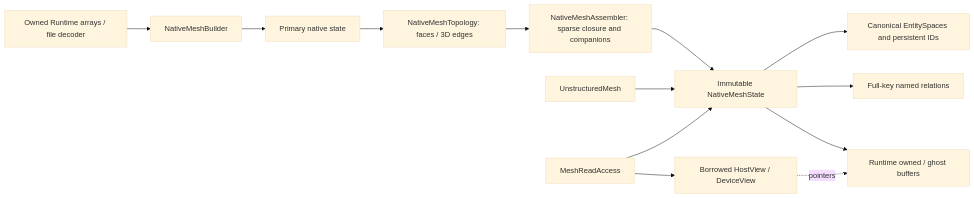
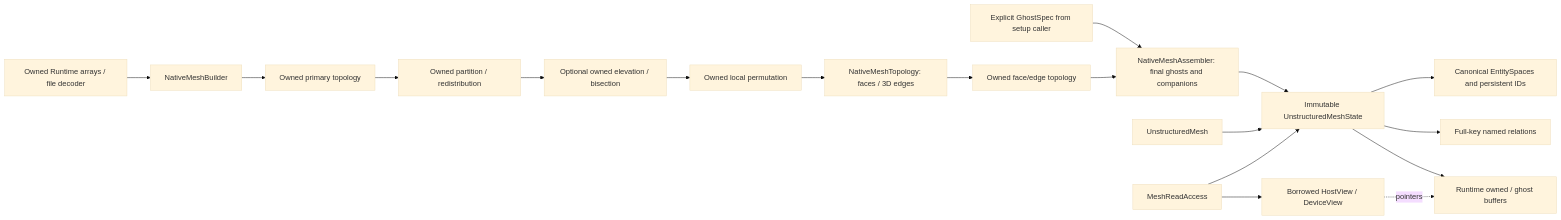
One commit to harryzhou2000/DNDSR changed the first of 2 diagrams in docs/architecture/MeshConnectivity.md. Above: the diagram before and after it, drawn with Mermaid (base theme). The commit also changed other lines of this file and 489 other files, not shown here.

````diff
--- a/docs/architecture/MeshConnectivity.md
+++ b/docs/architecture/MeshConnectivity.md
@@ -10,15 +18,20 @@
 ```mermaid
 flowchart LR
     input[Owned Runtime arrays / file decoder] --> builder[NativeMeshBuilder]
-    builder --> primary[Primary native state]
-    primary --> topology[NativeMeshTopology: faces / 3D edges]
-    topology --> assembler[NativeMeshAssembler: sparse closure and companions]
-    assembler --> state[Immutable NativeMeshState]
+    builder --> primary[Owned primary topology]
+    primary --> placement[Owned partition / redistribution]
+    placement --> derivation[Optional owned elevation / bisection]
+    derivation --> permutation[Owned local permutation]
+    permutation --> topology[NativeMeshTopology: faces / 3D edges]
+    topology --> owned[Owned face/edge topology]
+    recipe[Explicit GhostSpec from setup caller] --> assembler
+    owned --> assembler[NativeMeshAssembler: final ghosts and companions]
+    assembler --> state[Immutable UnstructuredMeshState]
     facade[UnstructuredMesh] --> state
     state --> spaces[Canonical EntitySpaces and persistent IDs]
     state --> registry[Full-key named relations]
     state --> arrays[Runtime owned / ghost buffers]
     read[MeshReadAccess] --> state
     read --> view[Borrowed HostView / DeviceView]
     view -. pointers .-> arrays
 ```
````
